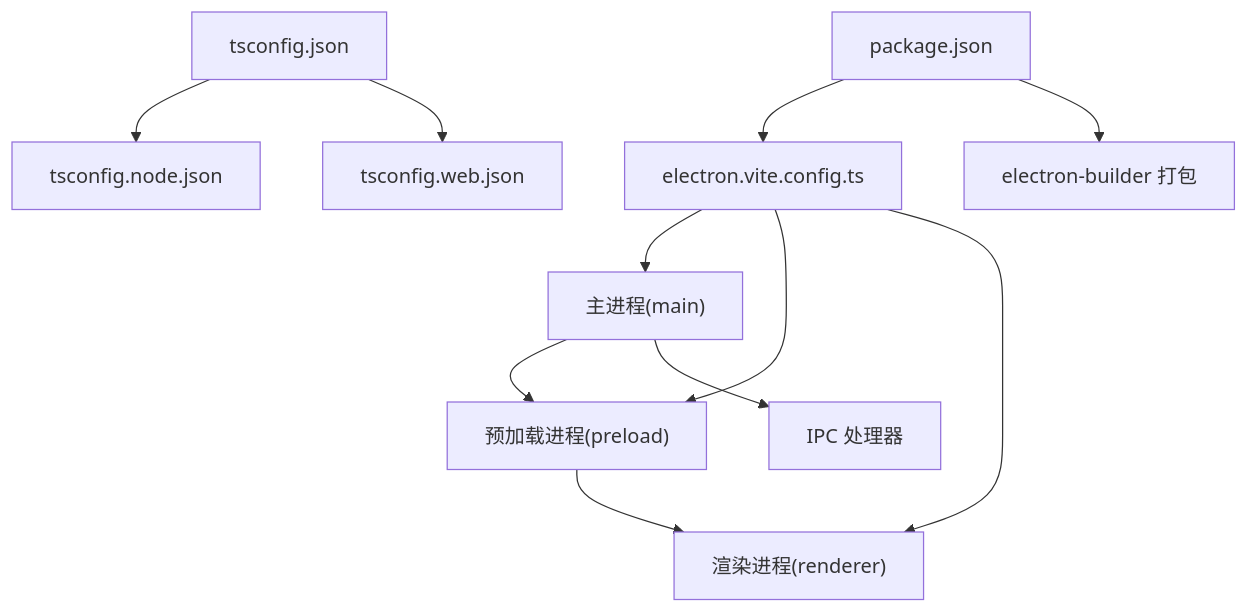
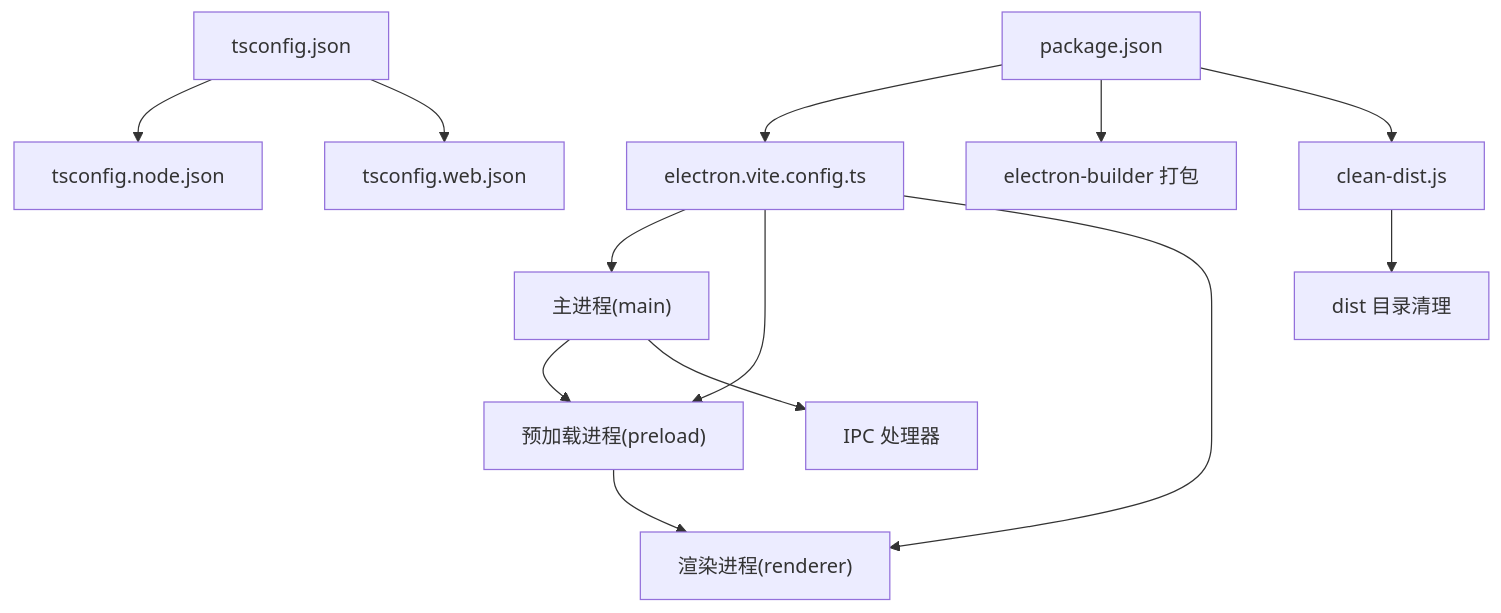
One commit to remgasuki/ReDoPhoto changed the eighth of 8 diagrams in .qoder/repowiki/zh/content/配置与部署/构建配置.md. Above: the diagram before and after it, drawn with Mermaid. The commit also changed other lines of this file and 39 other files, not shown here.

````diff
--- a/.qoder/repowiki/zh/content/配置与部署/构建配置.md
+++ b/.qoder/repowiki/zh/content/配置与部署/构建配置.md
@@ -317,13 +391,15 @@
 ```mermaid
 graph TB
 EVC["electron.vite.config.ts"] --> MAIN["主进程(main)"]
 EVC --> PRELOAD["预加载进程(preload)"]
 EVC --> RENDERER["渲染进程(renderer)"]
 TSC["tsconfig.json"] --> TSN["tsconfig.node.json"]
 TSC --> TSW["tsconfig.web.json"]
 PKG["package.json"] --> EVC
 PKG --> BUILD["electron-builder 打包"]
+PKG --> CLEAN["clean-dist.js"]
+CLEAN --> DIST["dist 目录清理"]
 MAIN --> PRELOAD
 PRELOAD --> RENDERER
 MAIN --> IPC["IPC 处理器"]
 ```
````
